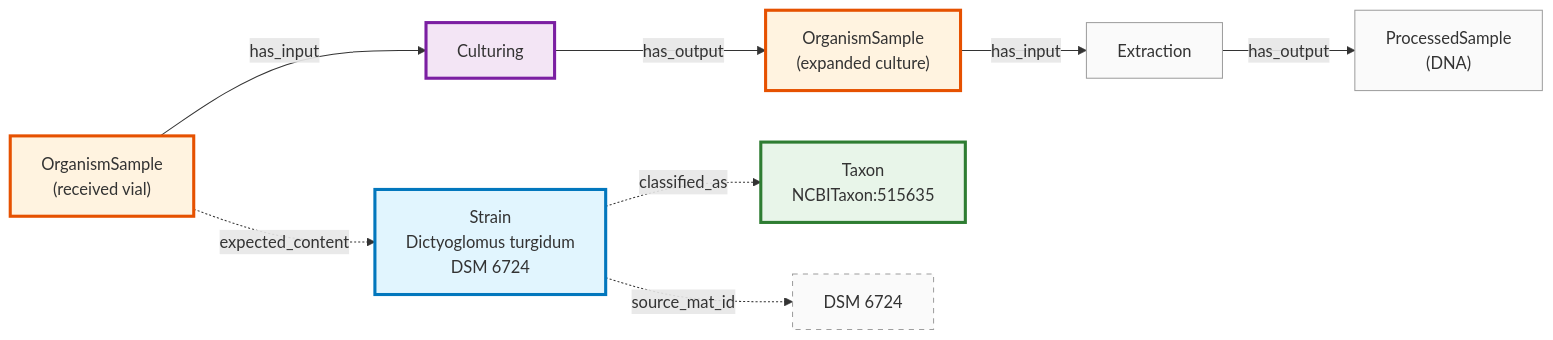
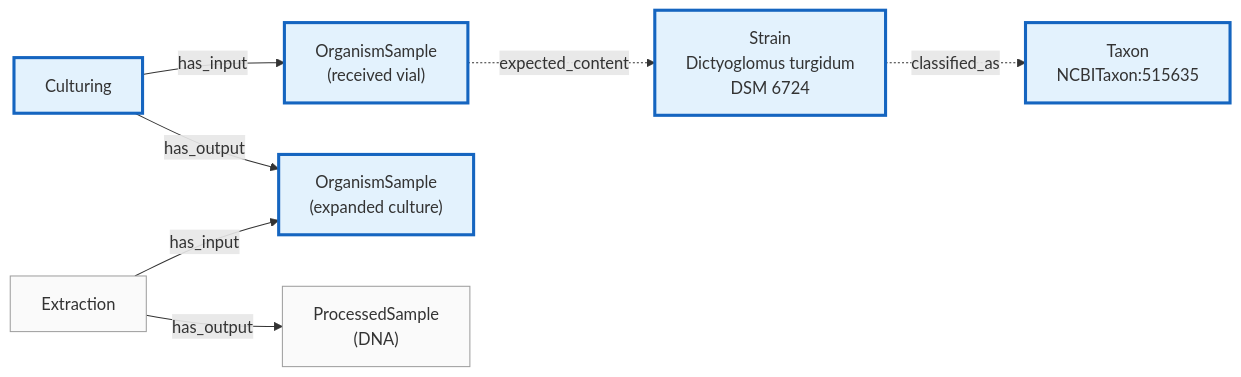
The diagram in src/docs/images/use-case-2-culture-collection.mmd (microbiomedata/nmdc-schema), drawn with Mermaid before and after one commit. The commit also changed 3 other files, not shown here.

First line of the commit message:
Fix arrow directions in instance diagrams

```diff
--- a/src/docs/images/use-case-2-culture-collection.mmd
+++ b/src/docs/images/use-case-2-culture-collection.mmd
@@ -1,23 +1,23 @@
 flowchart LR
     OSM1["OrganismSample\n(received vial)"]
     CULT["Culturing"]
     OSM2["OrganismSample\n(expanded culture)"]
     EXT["Extraction"]
     PSM["ProcessedSample\n(DNA)"]
     STRN["Strain\nDictyoglomus turgidum\nDSM 6724"]
     TAX["Taxon\nNCBITaxon:515635"]
 
-    OSM1 -->|has_input| CULT -->|has_output| OSM2
-    OSM2 -->|has_input| EXT -->|has_output| PSM
+    CULT -->|has_input| OSM1
+    CULT -->|has_output| OSM2
+    EXT -->|has_input| OSM2
+    EXT -->|has_output| PSM
     OSM1 -.->|expected_content| STRN
     STRN -.->|classified_as| TAX
-    STRN -.->|source_mat_id| SRC["DSM 6724"]
 
-    style OSM1 fill:#fff3e0,stroke:#e65100,stroke-width:3px
-    style OSM2 fill:#fff3e0,stroke:#e65100,stroke-width:3px
-    style CULT fill:#f3e5f5,stroke:#7b1fa2,stroke-width:3px
-    style STRN fill:#e1f5fe,stroke:#0277bd,stroke-width:3px
-    style TAX fill:#e8f5e9,stroke:#2e7d32,stroke-width:3px
-    style SRC fill:#fafafa,stroke:#9e9e9e,stroke-dasharray: 5 5
+    style OSM1 fill:#e3f2fd,stroke:#1565c0,stroke-width:3px
+    style OSM2 fill:#e3f2fd,stroke:#1565c0,stroke-width:3px
+    style CULT fill:#e3f2fd,stroke:#1565c0,stroke-width:3px
+    style STRN fill:#e3f2fd,stroke:#1565c0,stroke-width:3px
+    style TAX fill:#e3f2fd,stroke:#1565c0,stroke-width:3px
     style EXT fill:#fafafa,stroke:#9e9e9e
     style PSM fill:#fafafa,stroke:#9e9e9e
```
